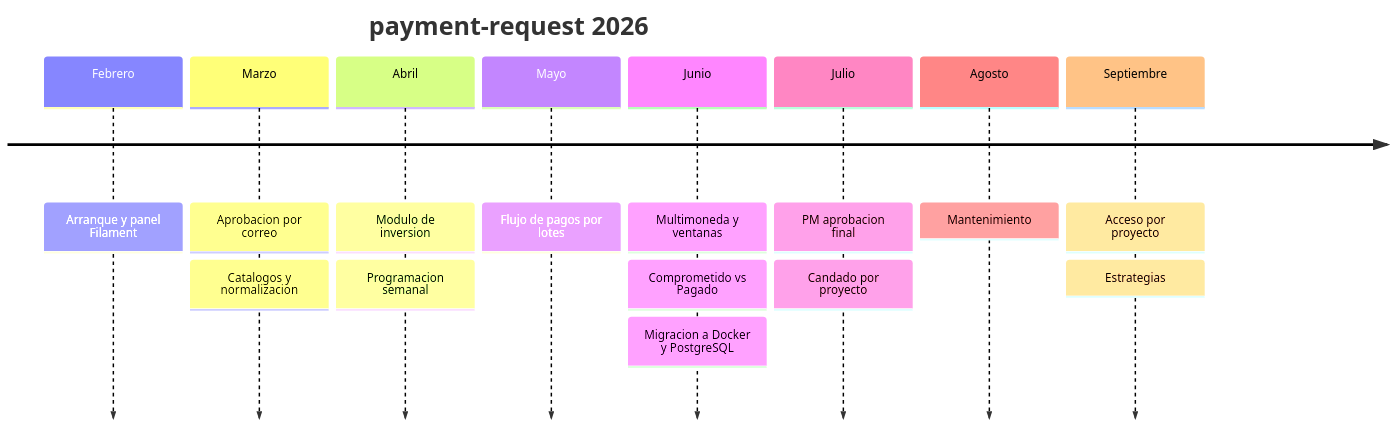
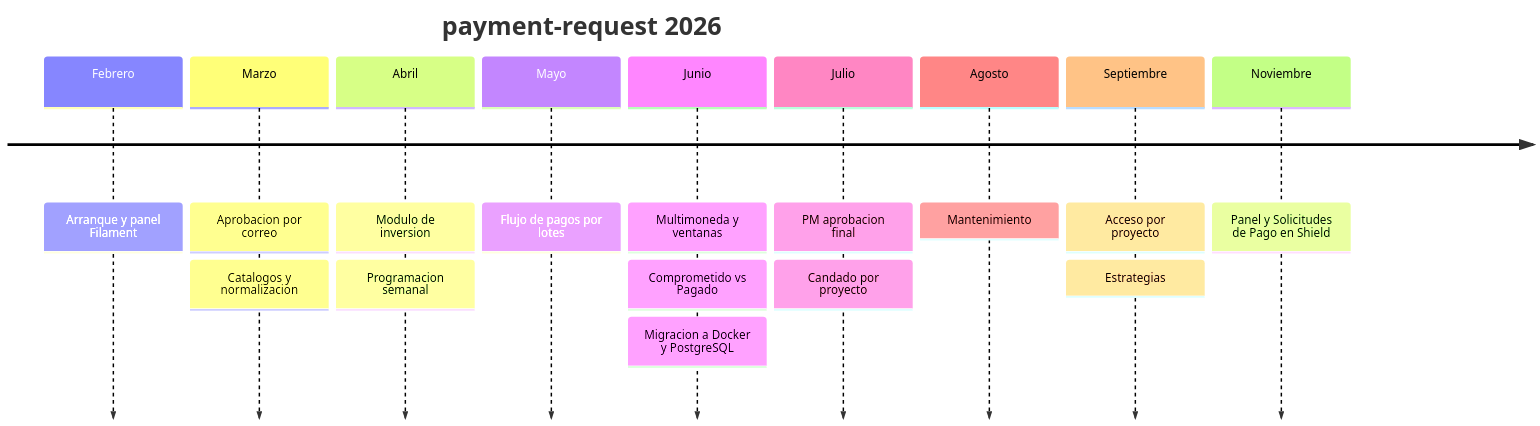
The diagram in vault/10 Historial/Indice del historial.md (aramossysadmin/payment-request), drawn with Mermaid before and after one commit. The commit also changed other lines of this file and 30 other files, not shown here.

First line of the commit message:
Permisos: Panel y Solicitudes de Pago controlados por rol desde Shield

````diff
--- a/vault/10 Historial/Indice del historial.md
+++ b/vault/10 Historial/Indice del historial.md
@@ -33,12 +34,13 @@
 ```mermaid
 timeline
     title payment-request 2026
     Febrero : Arranque y panel Filament
     Marzo : Aprobacion por correo : Catalogos y normalizacion
     Abril : Modulo de inversion : Programacion semanal
     Mayo : Flujo de pagos por lotes
     Junio : Multimoneda y ventanas : Comprometido vs Pagado : Migracion a Docker y PostgreSQL
     Julio : PM aprobacion final : Candado por proyecto
     Agosto : Mantenimiento
     Septiembre : Acceso por proyecto : Estrategias
+    Noviembre : Panel y Solicitudes de Pago en Shield
 ```
````
